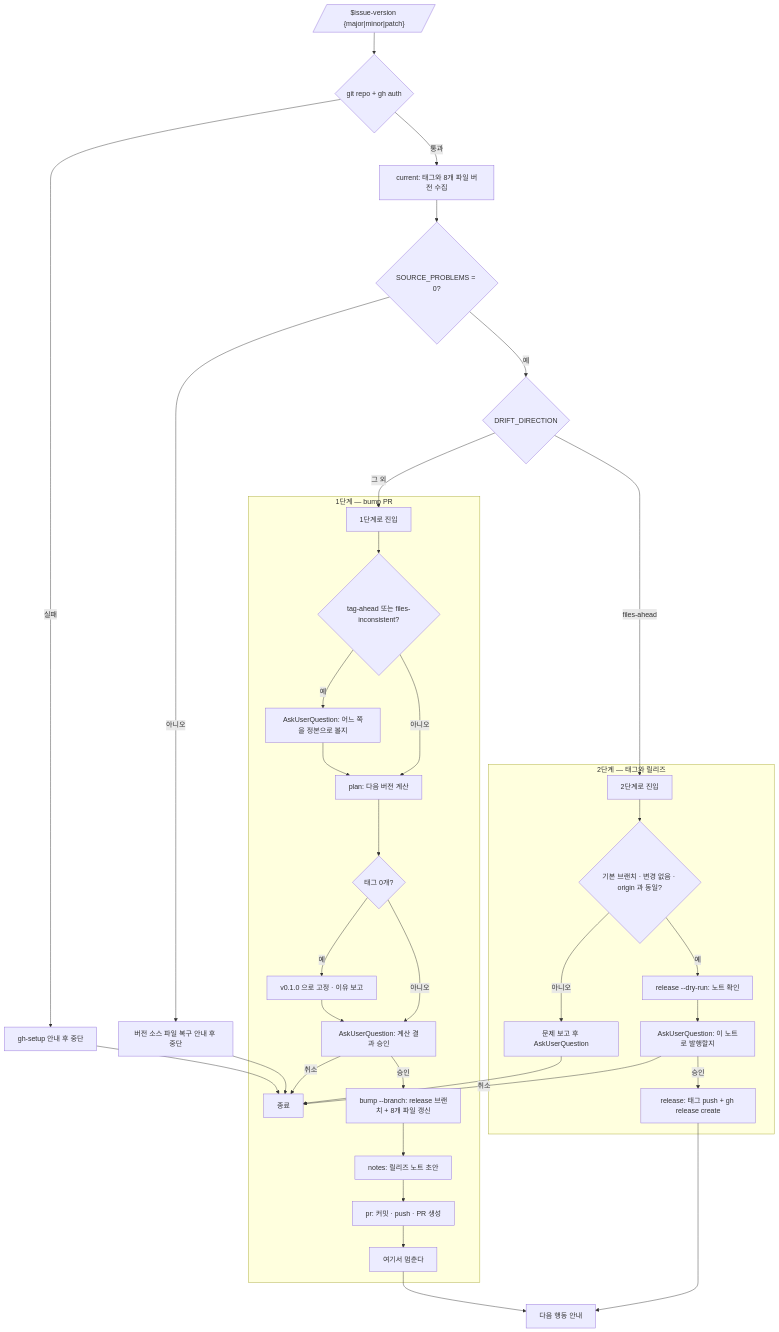
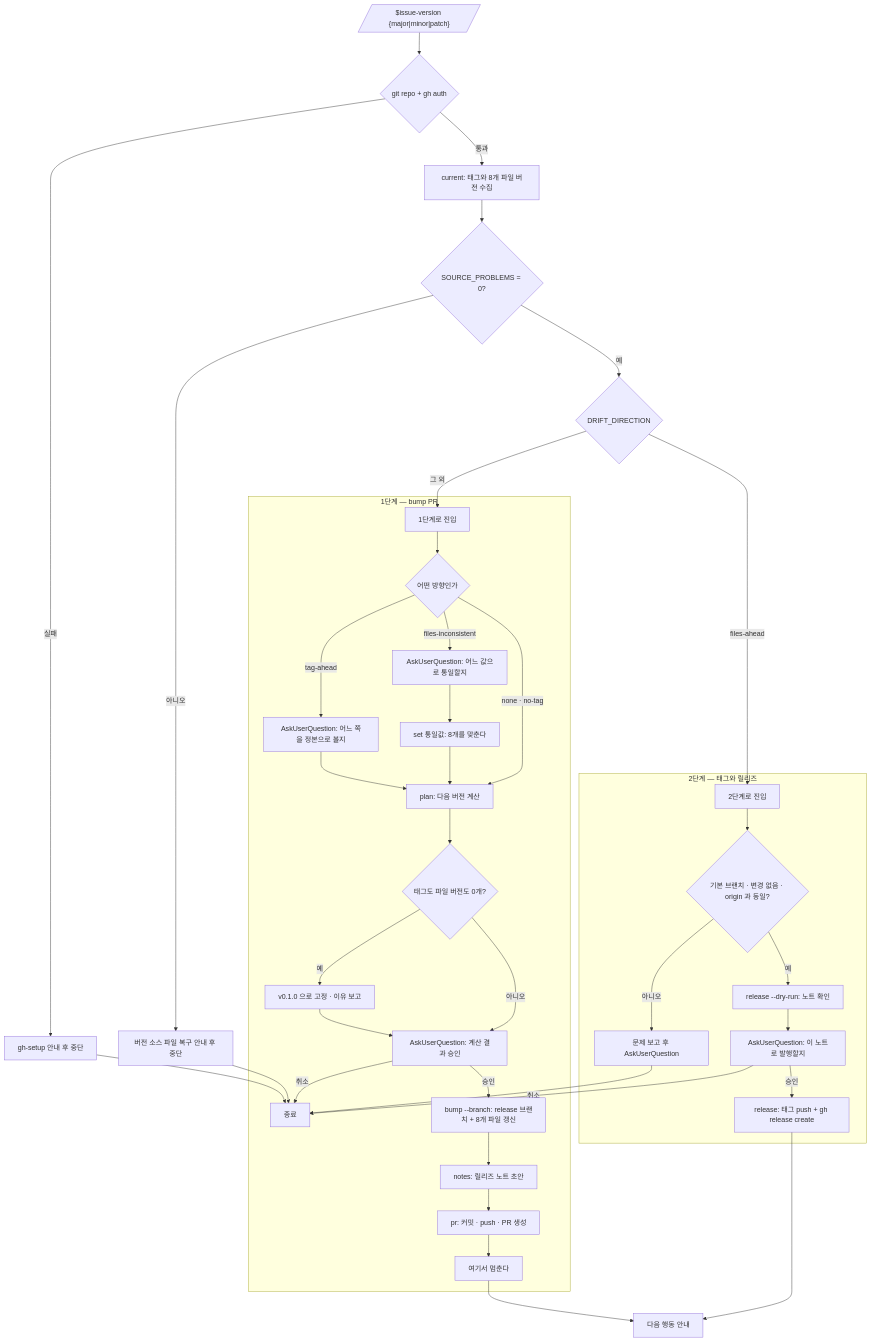
Before and after one commit to Mineru98/samsara: the diagram in skills/issue-version/SKILL.md, drawn with Mermaid. The commit also changed other lines of this file and 3 other files, not shown here.

````diff
--- a/skills/issue-version/SKILL.md
+++ b/skills/issue-version/SKILL.md
@@ -54,38 +57,40 @@
 ```mermaid
 flowchart TD
     A[/"$issue-version {major|minor|patch}"/] --> B{git repo + gh auth}
     B -- 실패 --> B1[gh-setup 안내 후 중단] --> Z[종료]
     B -- 통과 --> C[current: 태그와 8개 파일 버전 수집]
 
     C --> C1{SOURCE_PROBLEMS = 0?}
     C1 -- 아니오 --> C2[버전 소스 파일 복구 안내 후 중단] --> Z
     C1 -- 예 --> D{DRIFT_DIRECTION}
     D -->|files-ahead| S2[2단계로 진입]
     D -->|그 외| S1[1단계로 진입]
 
     subgraph ONE["1단계 — bump PR"]
-      S1 --> E{tag-ahead 또는 files-inconsistent?}
-      E -- 예 --> E1[AskUserQuestion: 어느 쪽을 정본으로 볼지] --> F
-      E -- 아니오 --> F[plan: 다음 버전 계산]
-      F --> F1{태그 0개?}
+      S1 --> E{어떤 방향인가}
+      E -->|tag-ahead| E1[AskUserQuestion: 어느 쪽을 정본으로 볼지] --> F
+      E -->|files-inconsistent| E2[AskUserQuestion: 어느 값으로 통일할지]
+      E2 --> E3[set 통일값: 8개를 맞춘다] --> F
+      E -->|none · no-tag| F[plan: 다음 버전 계산]
+      F --> F1{태그도 파일 버전도 0개?}
       F1 -- 예 --> F2[v0.1.0 으로 고정 · 이유 보고] --> G
       F1 -- 아니오 --> G[AskUserQuestion: 계산 결과 승인]
       G -- 취소 --> Z
       G -- 승인 --> H[bump --branch: release 브랜치 + 8개 파일 갱신]
       H --> I[notes: 릴리즈 노트 초안]
       I --> J[pr: 커밋 · push · PR 생성]
       J --> K[여기서 멈춘다]
     end
 
     subgraph TWO["2단계 — 태그와 릴리즈"]
       S2 --> L{기본 브랜치 · 변경 없음 · origin 과 동일?}
       L -- 아니오 --> L1[문제 보고 후 AskUserQuestion] --> Z
       L -- 예 --> M[release --dry-run: 노트 확인]
       M --> N[AskUserQuestion: 이 노트로 발행할지]
       N -- 취소 --> Z
       N -- 승인 --> O[release: 태그 push + gh release create]
     end
 
     K --> P[다음 행동 안내]
     O --> P
 ```
````
